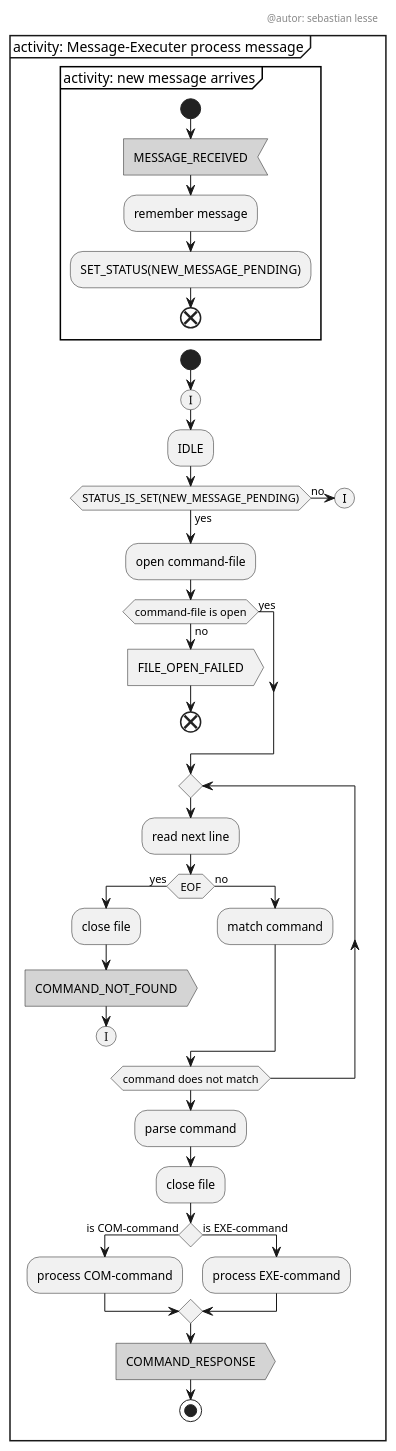
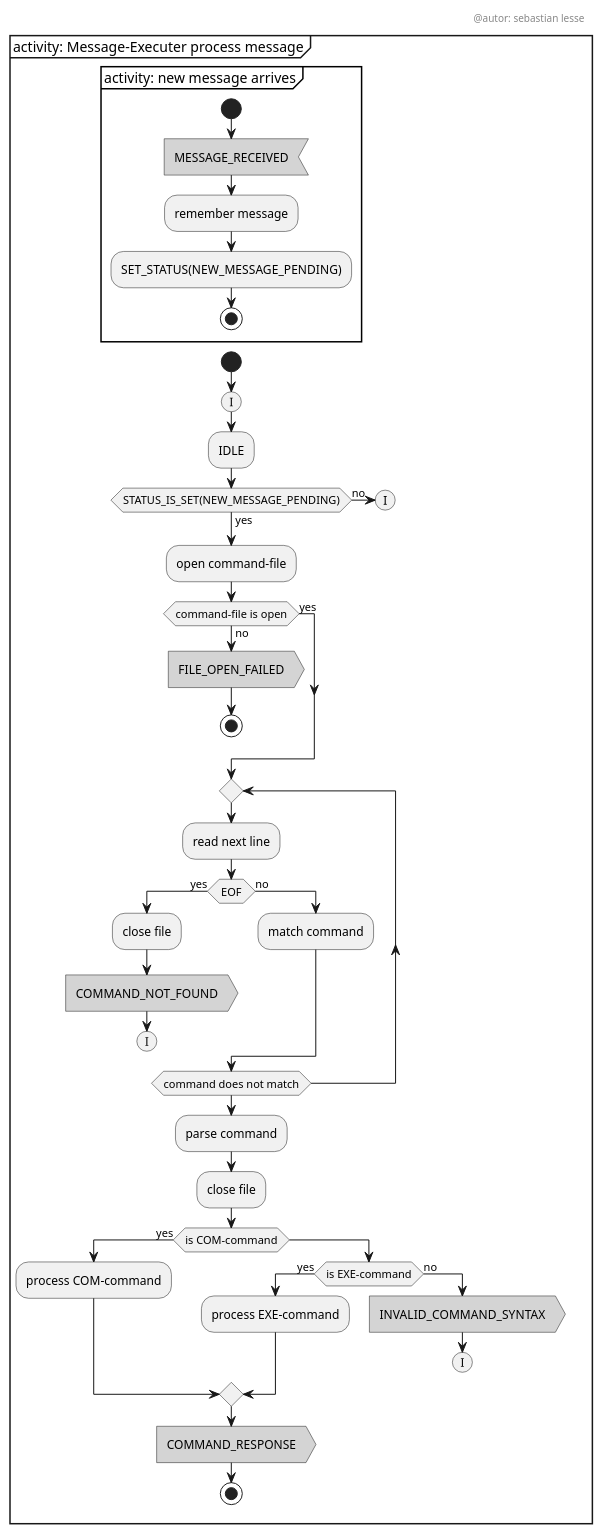
Before and after one commit to smuuze/rpi_control_frmwrk: the diagram in uml/modules/message_executer/message_executer_ACTIVITY_process_message.puml, drawn with PlantUML. The commit also changed 2 other files, not shown here.

Commit message:
NEW: message-executer-task - new signal INVALID_COMMAND_SYNTAX is send if a malformed line was found in command/report file

```diff
--- a/uml/modules/message_executer/message_executer_ACTIVITY_process_message.puml
+++ b/uml/modules/message_executer/message_executer_ACTIVITY_process_message.puml
@@ -1,66 +1,73 @@
 @startuml
 
 skinparam monochrome true
 
 header
 @autor: sebastian lesse
 endheader
 
 mainframe activity: Message-Executer process message
 
 partition "activity: new message arrives" {
 	start
 	#pink:MESSAGE_RECEIVED<
 	:remember message;
 	:SET_STATUS(NEW_MESSAGE_PENDING);
-	end
+	stop
 }
 
 start
 
 (I)
 :IDLE;
 
 if (STATUS_IS_SET(NEW_MESSAGE_PENDING)) then (no)
 	(I)
 else (yes)
 
 endif
 
 :open command-file;
 
 if (command-file is open) then (no)
-	:FILE_OPEN_FAILED>
-	end
+	#pink:FILE_OPEN_FAILED>
+	stop
 else (yes)
 
 endif
 
 repeat
 
 :read next line;
 
 if (EOF) then (yes)
 	:close file;
 	#pink:COMMAND_NOT_FOUND>
 	(I)
 	detach
 
 else (no)
 	:match command;
 endif
 
 repeatwhile (command does not match)
 :parse command;
 :close file;
 
-if () then (is COM-command)
+if (is COM-command) then (yes)
 	:process COM-command;
-else (is EXE-command)
-	:process EXE-command;
+else 
+	if (is EXE-command) then (yes)
+		:process EXE-command;
+
+	else (no)
+		#pink:INVALID_COMMAND_SYNTAX>
+		(I)
+		detach
+	endif
 endif
 
 #pink:COMMAND_RESPONSE>
 stop
 
 @enduml
```
